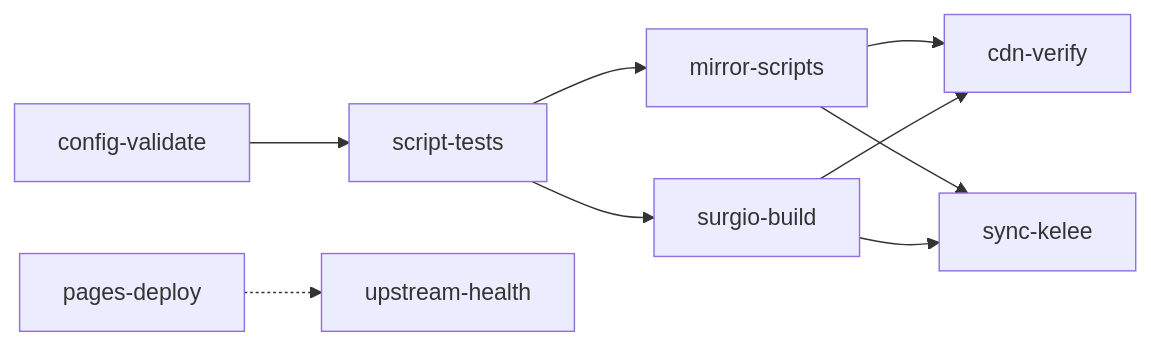
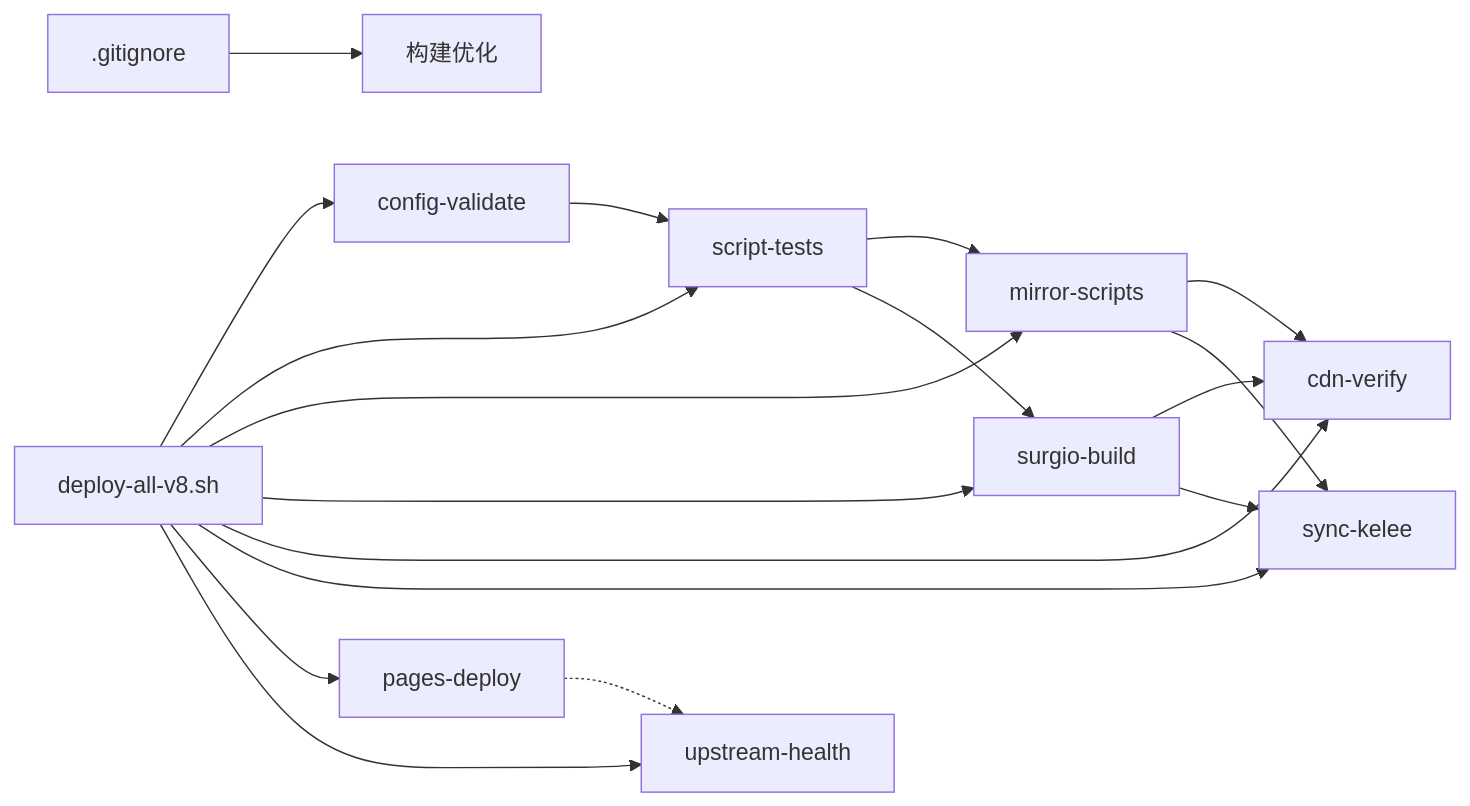
The third of 3 diagrams in .qoder/repowiki/zh/content/部署自动化/部署自动化.md (3kaiu/config), drawn with Mermaid before and after one commit. The commit also changed other lines of this file and 112 other files, not shown here.

````diff
--- a/.qoder/repowiki/zh/content/部署自动化/部署自动化.md
+++ b/.qoder/repowiki/zh/content/部署自动化/部署自动化.md
@@ -249,11 +299,20 @@
 ```mermaid
 graph LR
 A["config-validate"] --> B["script-tests"]
 B --> C["mirror-scripts"]
 B --> D["surgio-build"]
 C --> E["cdn-verify"]
 D --> E
 C --> F["sync-kelee"]
 D --> F
 G["pages-deploy"] -.-> H["upstream-health"]
+I["deploy-all-v8.sh"] --> A
+I --> B
+I --> C
+I --> D
+I --> E
+I --> F
+I --> G
+I --> H
+J[".gitignore"] --> K["构建优化"]
 ```
````
